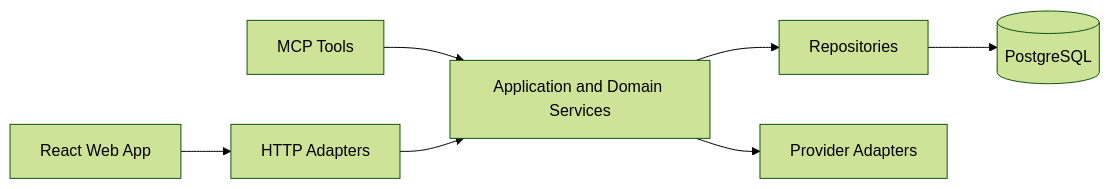
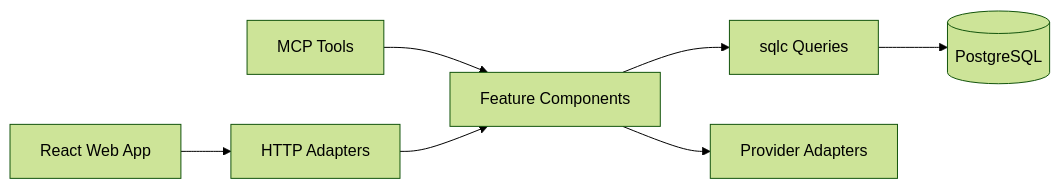
One commit to finsight-org/finsight changed the first of 3 diagrams in docs/foundation/technical-direction.md. Above: the diagram before and after it, drawn with Mermaid (forest theme). The commit also changed other lines of this file and 35 other files, not shown here.

First line of the commit message:
Refactor account feature around sqlc (#20)

````diff
--- a/docs/foundation/technical-direction.md
+++ b/docs/foundation/technical-direction.md
@@ -24,17 +24,17 @@
 ```mermaid
 flowchart LR
     UI["React Web App"]
     MCP["MCP Tools"]
     HTTP["HTTP Adapters"]
-    Services["Application and Domain Services"]
-    Repositories["Repositories"]
+    Features["Feature Components"]
+    SQLC["sqlc Queries"]
     DB[("PostgreSQL")]
     Providers["Provider Adapters"]
 
     UI --> HTTP
-    MCP --> Services
-    HTTP --> Services
-    Services --> Repositories
-    Repositories --> DB
-    Services --> Providers
+    MCP --> Features
+    HTTP --> Features
+    Features --> SQLC
+    SQLC --> DB
+    Features --> Providers
 ```
````
